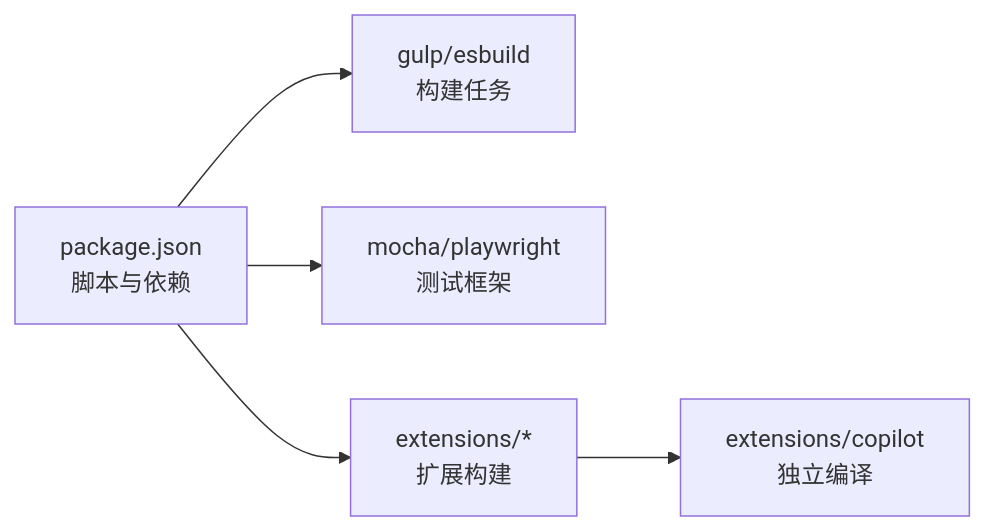
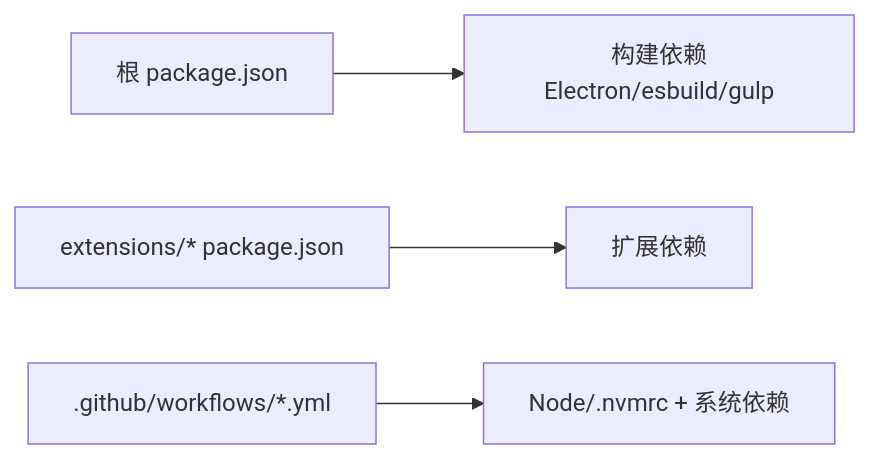
One commit to sofate798/KodrixCode changed the seventh of 7 diagrams in .qoder/repowiki/zh/content/贡献指南.md. Above: the diagram before and after it, drawn with Mermaid. The commit also changed other lines of this file and 178 other files, not shown here.

````diff
--- a/.qoder/repowiki/zh/content/贡献指南.md
+++ b/.qoder/repowiki/zh/content/贡献指南.md
@@ -276,7 +236,6 @@
 ```mermaid
 graph LR
-P["package.json<br/>脚本与依赖"] --> G["gulp/esbuild<br/>构建任务"]
-P --> T["mocha/playwright<br/>测试框架"]
-P --> E["extensions/*<br/>扩展构建"]
-E --> C["extensions/copilot<br/>独立编译"]
+Root["根 package.json"] --> Deps["构建依赖Electron/esbuild/gulp"]
+Ext["extensions/* package.json"] --> ExtDeps["扩展依赖"]
+CI[".github/workflows/*.yml"] --> Env["Node/.nvmrc + 系统依赖"]
 ```
````
